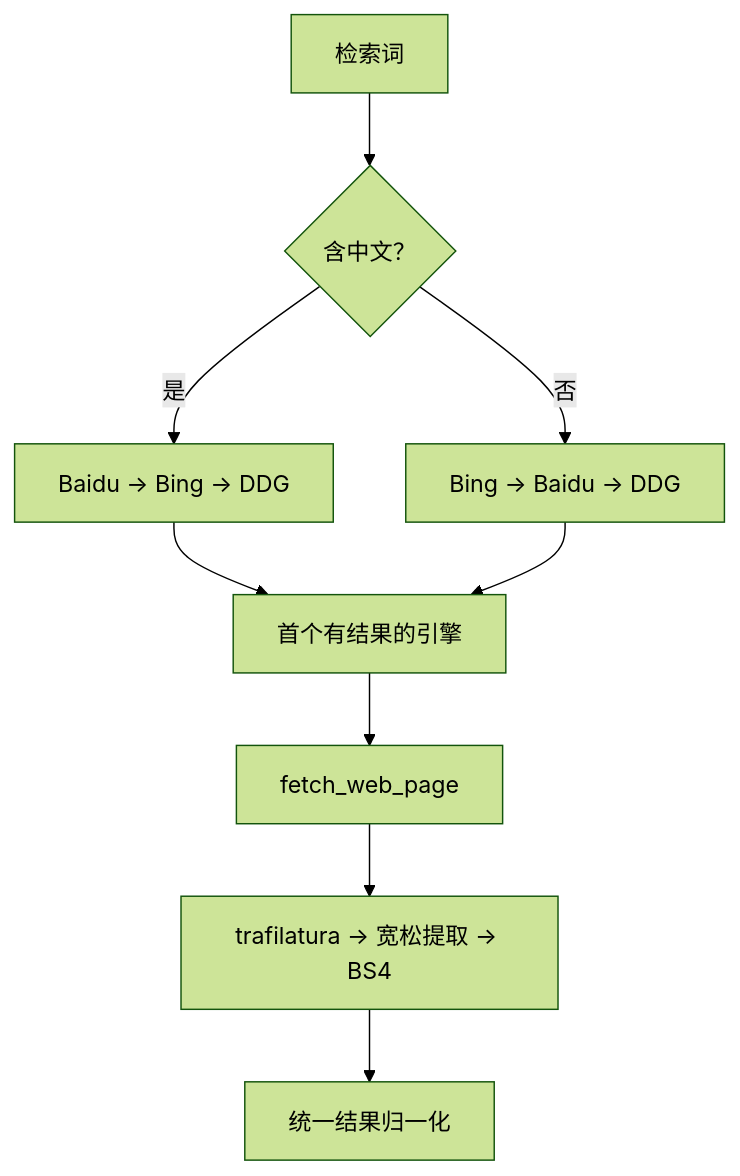
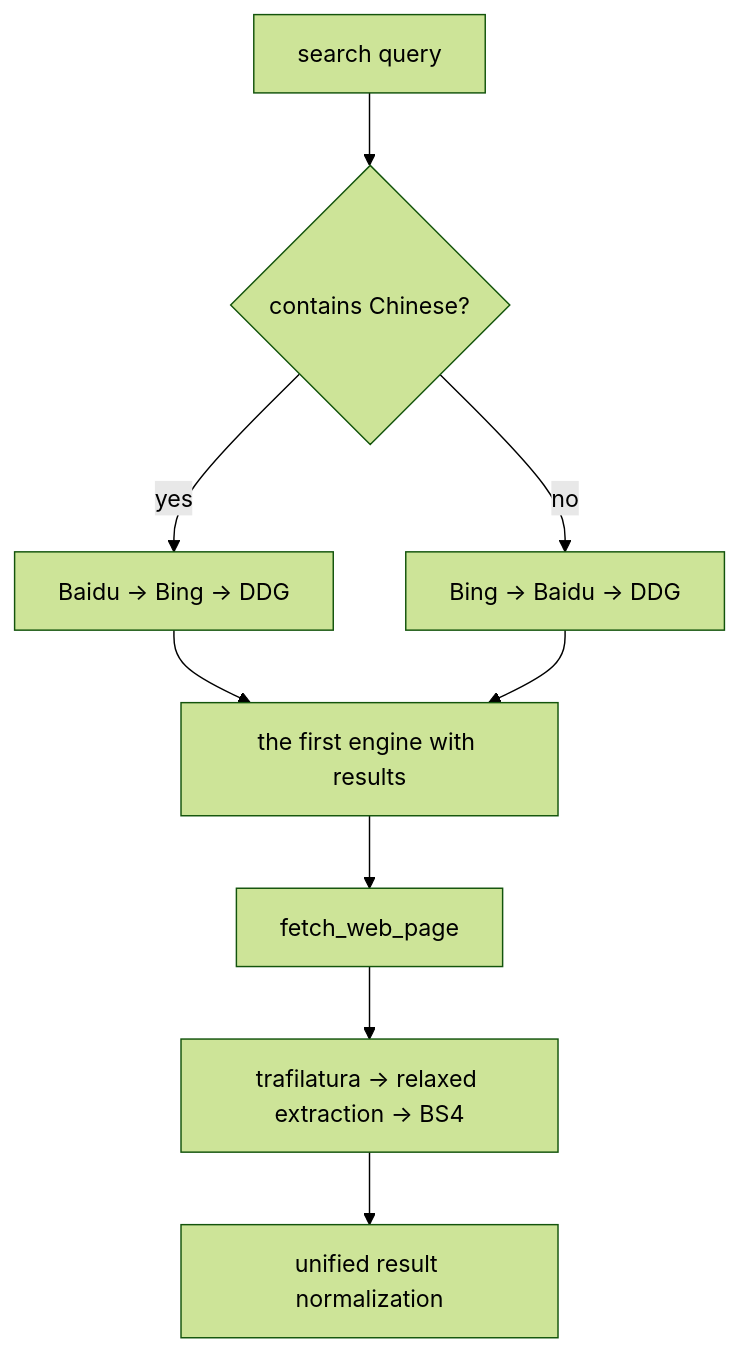
One commit to Azzurroooo/rind changed the diagram in docs/internals/04-tools/web-tools.md. Above: the diagram before and after it, drawn with Mermaid (forest theme). The commit also changed other lines of this file and 109 other files, not shown here.

```diff
--- a/docs/internals/04-tools/web-tools.md
+++ b/docs/internals/04-tools/web-tools.md
@@ -5,11 +7,11 @@
 ~~~mermaid
 flowchart TB
-    Q["检索词"] --> LANG{"含中文？"}
-    LANG -->|"是"| B["Baidu → Bing → DDG"]
-    LANG -->|"否"| E["Bing → Baidu → DDG"]
-    B --> LINKS["首个有结果的引擎"]
+    Q["search query"] --> LANG{"contains Chinese?"}
+    LANG -->|"yes"| B["Baidu → Bing → DDG"]
+    LANG -->|"no"| E["Bing → Baidu → DDG"]
+    B --> LINKS["the first engine with results"]
     E --> LINKS
     LINKS --> FETCH["fetch_web_page"]
-    FETCH --> EXTRACT["trafilatura → 宽松提取 → BS4"]
-    EXTRACT --> N["统一结果归一化"]
+    FETCH --> EXTRACT["trafilatura → relaxed extraction → BS4"]
+    EXTRACT --> N["unified result normalization"]
 ~~~
```
